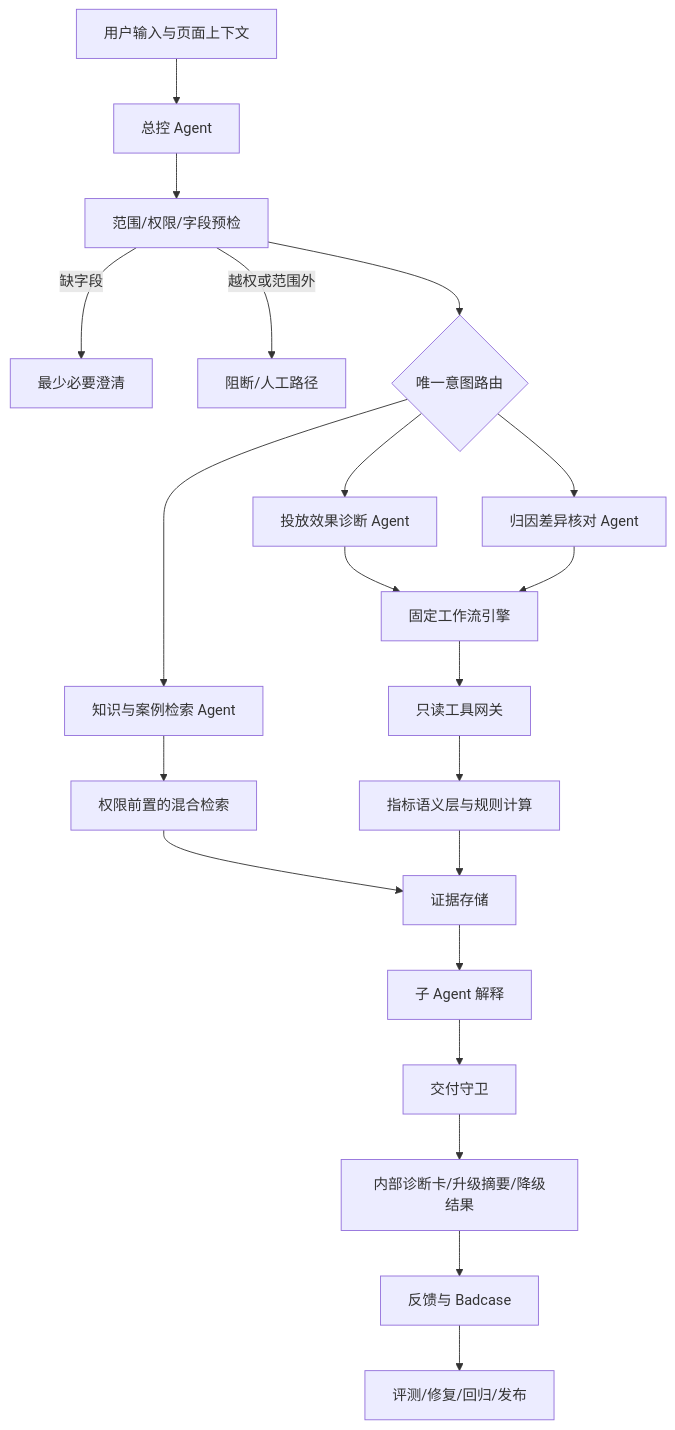
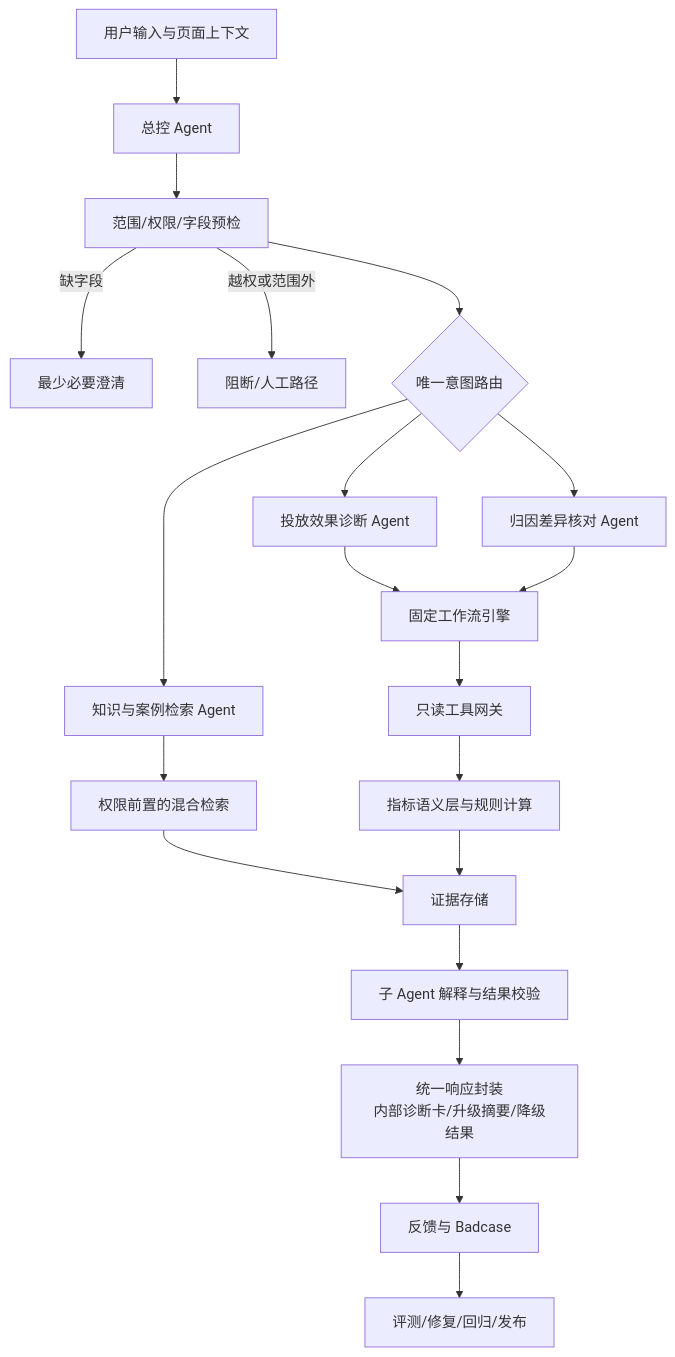
One commit to linkaka970105/ai-pm-adops-copilot changed the first of 3 diagrams in 03_prd/adops_attribution_layered_prd_v5/02-solution.md. Above: the diagram before and after it, drawn with Mermaid. The commit also changed other lines of this file and 3 other files, not shown here.

````diff
--- a/03_prd/adops_attribution_layered_prd_v5/02-solution.md
+++ b/03_prd/adops_attribution_layered_prd_v5/02-solution.md
@@ -68,23 +68,22 @@
 ```mermaid
 flowchart TD
   U[用户输入与页面上下文] --> MC[总控 Agent]
   MC --> PRE[范围/权限/字段预检]
   PRE -->|缺字段| CL[最少必要澄清]
   PRE -->|越权或范围外| STOP[阻断/人工路径]
   PRE --> ROUTE{唯一意图路由}
   ROUTE --> PERF[投放效果诊断 Agent]
   ROUTE --> ATTR[归因差异核对 Agent]
   ROUTE --> KNOW[知识与案例检索 Agent]
   PERF --> WF[固定工作流引擎]
   ATTR --> WF
   KNOW --> RET[权限前置的混合检索]
   WF --> TG[只读工具网关]
   TG --> SEM[指标语义层与规则计算]
   RET --> ES[证据存储]
   SEM --> ES
-  ES --> SYN[子 Agent 解释]
-  SYN --> GUARD[交付守卫]
-  GUARD --> OUT[内部诊断卡/升级摘要/降级结果]
+  ES --> SYN[子 Agent 解释与结果校验]
+  SYN --> OUT[统一响应封装<br/>内部诊断卡/升级摘要/降级结果]
   OUT --> FB[反馈与 Badcase]
   FB --> EVAL[评测/修复/回归/发布]
 ```
````
